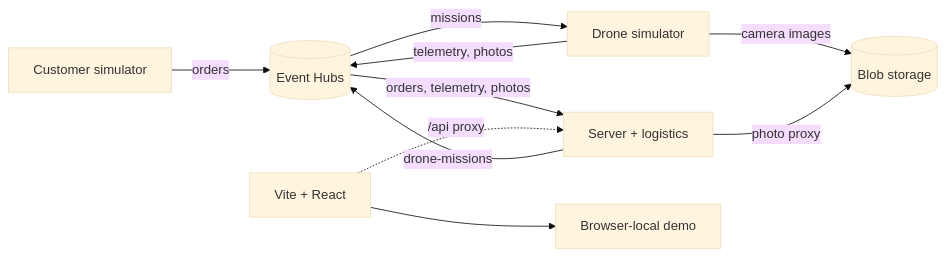
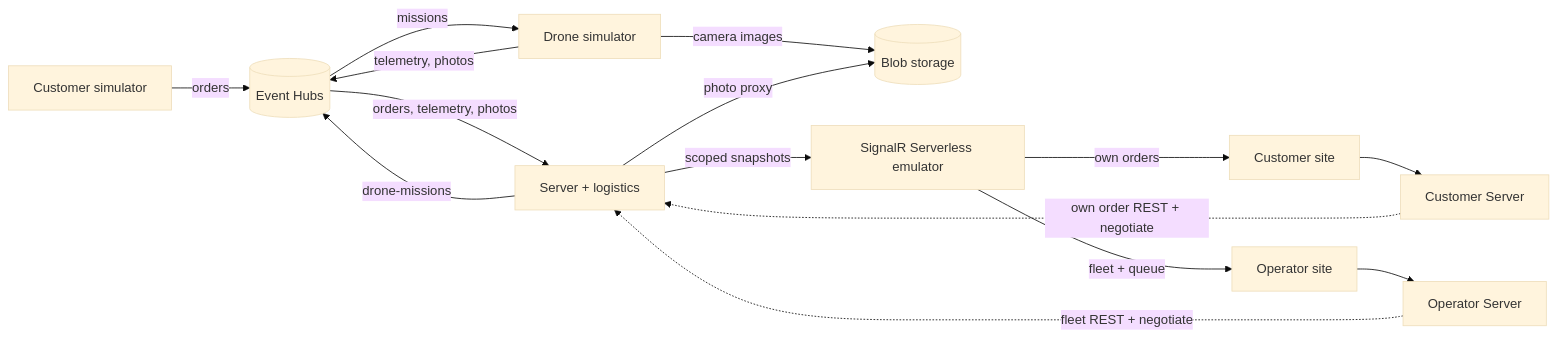
Before and after one commit to Azure/aspire-templates: the diagram in docs/drone-delivery/architecture.md, drawn with Mermaid (base theme). The commit also changed other lines of this file and 61 other files, not shown here.

First line of the commit message:
Separate customer and operator sites with realtime drone tracking

````diff
--- a/docs/drone-delivery/architecture.md
+++ b/docs/drone-delivery/architecture.md
@@ -16,12 +19,17 @@
 ```mermaid
 flowchart LR
     Customers[Customer simulator] -- orders --> EH[(Event Hubs)]
     API[Server + logistics] -- drone-missions --> EH
     EH -- missions --> Drones[Drone simulator]
     Drones -- telemetry, photos --> EH
     EH -- orders, telemetry, photos --> API
     Drones -- camera images --> Blob[(Blob storage)]
     API -- photo proxy --> Blob
-    Frontend[Vite + React] -. /api proxy .-> API
-    Frontend --> Simulation[Browser-local demo]
+    Customer[Customer site] --> CustomerHost[Customer Server]
+    Operations[Operator site] --> OperatorHost[Operator Server]
+    CustomerHost -. own order REST + negotiate .-> API
+    OperatorHost -. fleet REST + negotiate .-> API
+    API -- scoped snapshots --> Realtime[SignalR Serverless emulator]
+    Realtime -- own orders --> Customer
+    Realtime -- fleet + queue --> Operations
 ```
````
